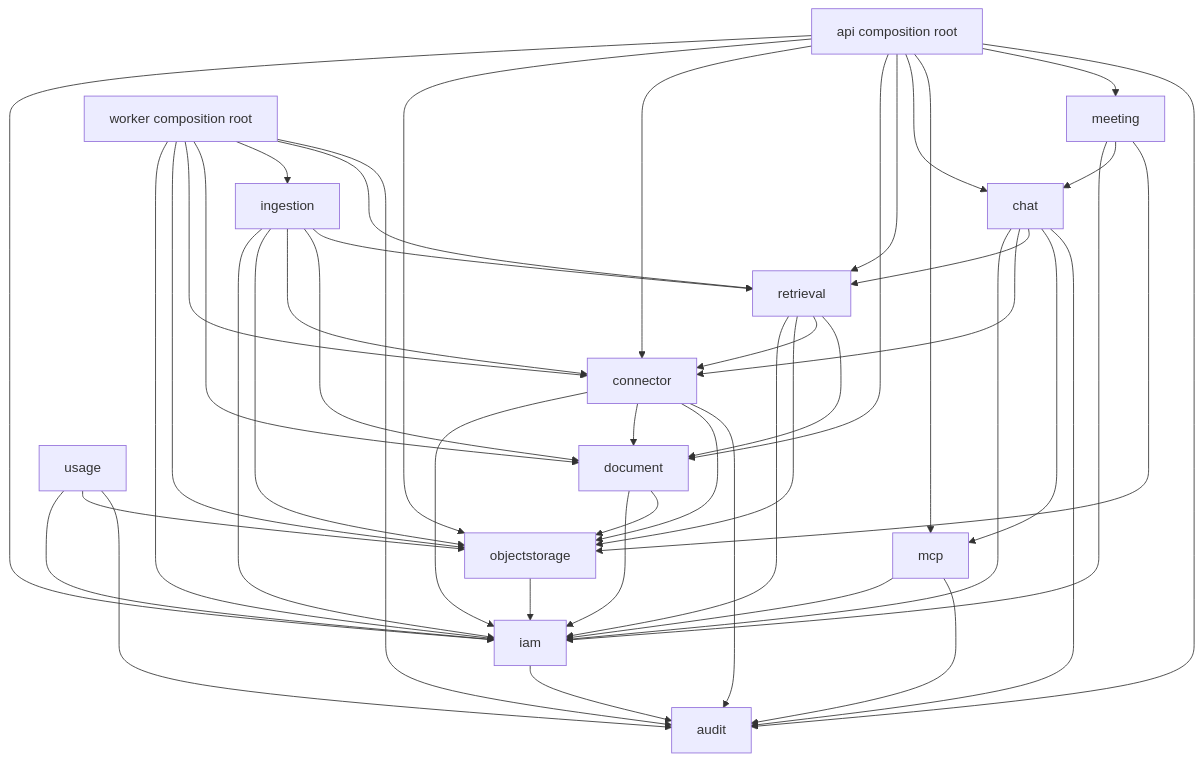
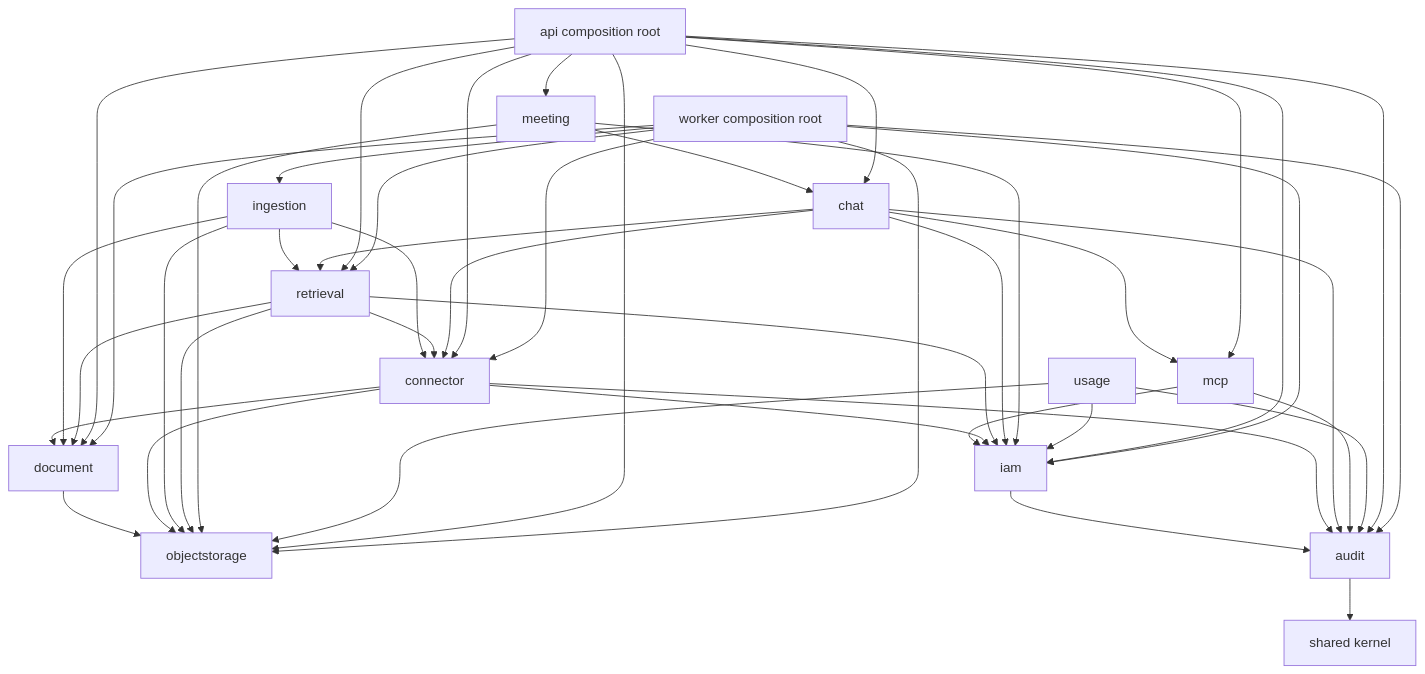
Before and after one commit to kl3inIT/MemoryOS: the second of 6 diagrams in ARCHITECTURE.md, drawn with Mermaid. The commit also changed other lines of this file and 3 other files, not shown here.

First line of the commit message:
docs: record the shared kernel and the narrowed IAM dependencies

````diff
--- a/ARCHITECTURE.md
+++ b/ARCHITECTURE.md
@@ -50,62 +50,61 @@
 ```mermaid
 flowchart TB
     IAM[iam]
     OBJ[objectstorage]
     CON[connector]
     DOC[document]
     ING[ingestion]
     RET[retrieval]
     CHAT[chat]
     MCP[mcp]
     MEET[meeting]
     USAGE[usage]
     AUD[audit]
+    SHARED[shared kernel]
 
     MCP --> IAM
-    OBJ --> IAM
-    DOC --> IAM
     DOC --> OBJ
     CON --> IAM
     CON --> DOC
     CON --> OBJ
-    ING --> IAM
     ING --> OBJ
     ING --> CON
     ING --> DOC
     ING --> RET
     RET --> IAM
     RET --> OBJ
     RET --> CON
     RET --> DOC
     CHAT --> IAM
     CHAT --> CON
     CHAT --> RET
     CHAT --> MCP
     MEET --> IAM
     MEET --> CHAT
     MEET --> OBJ
     IAM --> AUD
     CON --> AUD
     CHAT --> AUD
     MCP --> AUD
     USAGE --> IAM
     USAGE --> OBJ
     USAGE --> AUD
+    AUD --> SHARED
 
     API[api composition root] --> IAM
     API --> OBJ
     API --> CON
     API --> DOC
     API --> RET
     API --> CHAT
     API --> MCP
     API --> MEET
     API --> AUD
     WORKER[worker composition root] --> IAM
     WORKER --> OBJ
     WORKER --> CON
     WORKER --> DOC
     WORKER --> ING
     WORKER --> RET
     WORKER --> AUD
 ```
````
